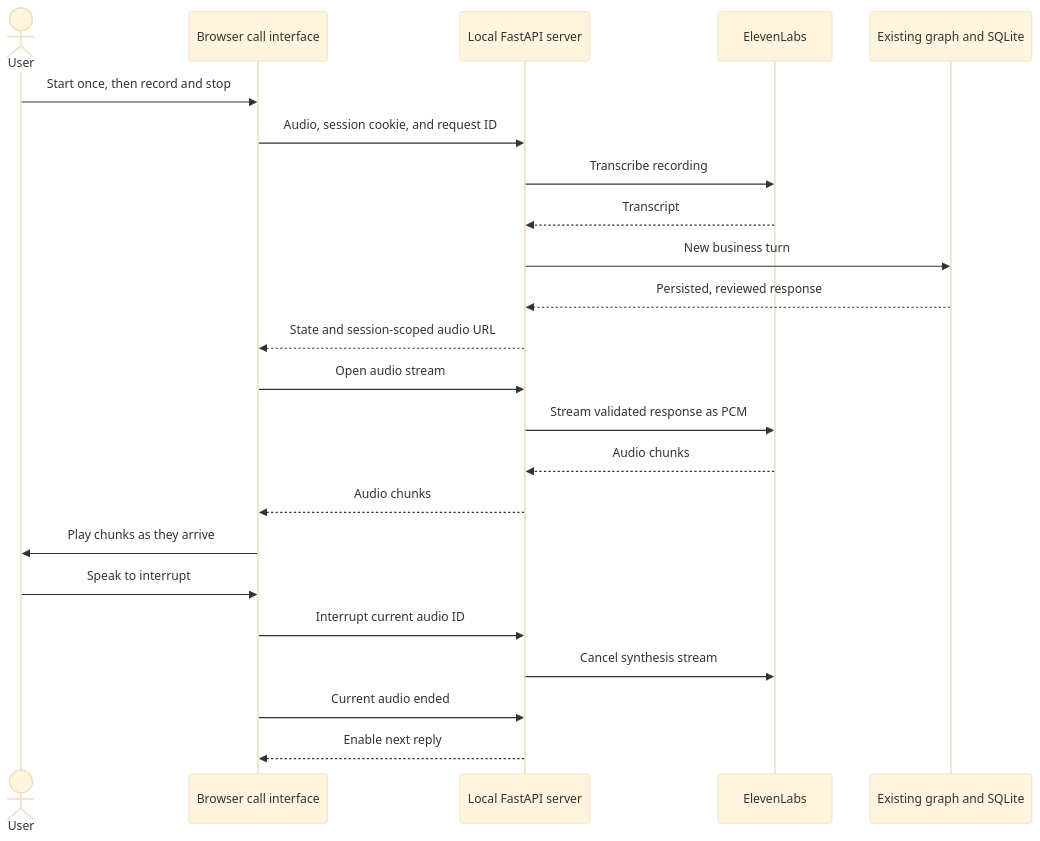
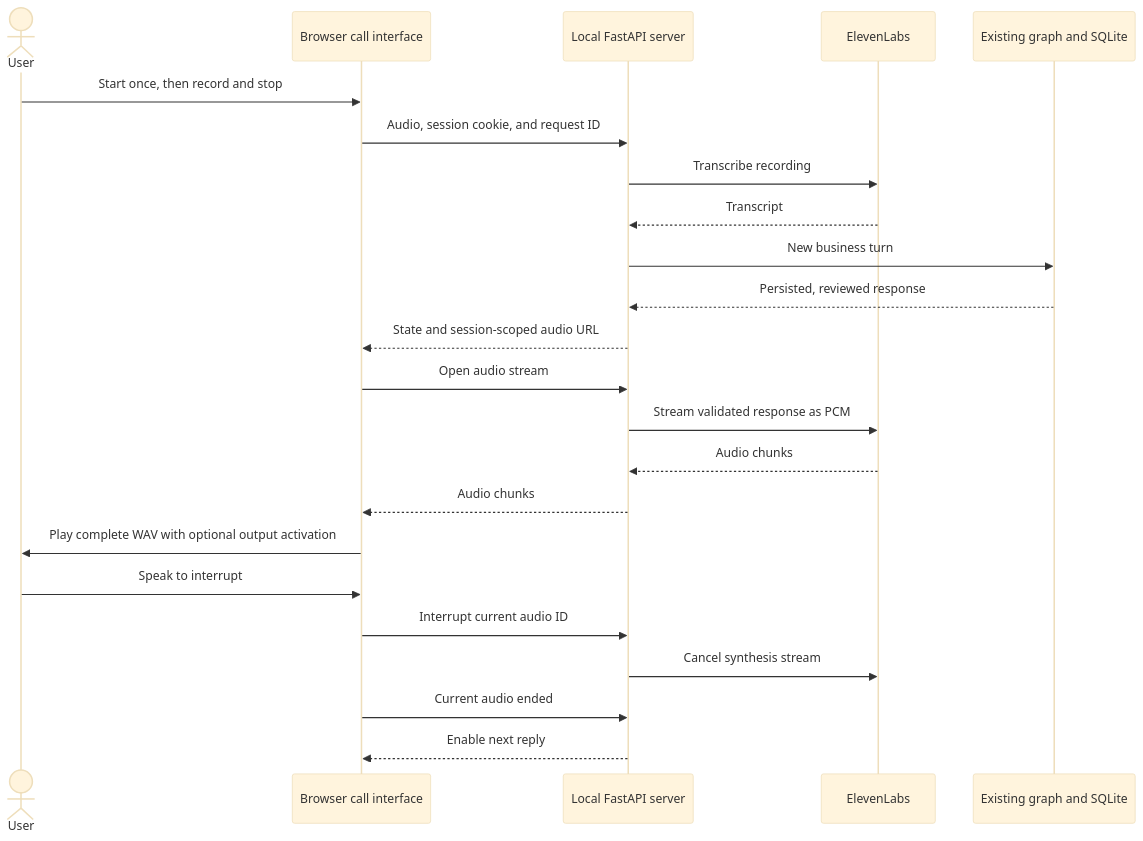
The diagram in apps/voice_simulator/README.md (sergiomorapardo/AgenticDebtCollection), drawn with Mermaid (base theme) before and after one commit. The commit also changed other lines of this file and 2 other files, not shown here.

Commit message:
fix(voice): activate audio output before speaking

````diff
--- a/apps/voice_simulator/README.md
+++ b/apps/voice_simulator/README.md
@@ -12,25 +12,25 @@
 ```mermaid
 sequenceDiagram
     actor User
     participant UI as Browser call interface
     participant API as Local FastAPI server
     participant Speech as ElevenLabs
     participant Agent as Existing graph and SQLite
     User->>UI: Start once, then record and stop
     UI->>API: Audio, session cookie, and request ID
     API->>Speech: Transcribe recording
     Speech-->>API: Transcript
     API->>Agent: New business turn
     Agent-->>API: Persisted, reviewed response
     API-->>UI: State and session-scoped audio URL
     UI->>API: Open audio stream
     API->>Speech: Stream validated response as PCM
     Speech-->>API: Audio chunks
     API-->>UI: Audio chunks
-    UI->>User: Play chunks as they arrive
+    UI->>User: Play complete WAV with optional output activation
     User->>UI: Speak to interrupt
     UI->>API: Interrupt current audio ID
     API->>Speech: Cancel synthesis stream
     UI->>API: Current audio ended
     API-->>UI: Enable next reply
 ```
````
